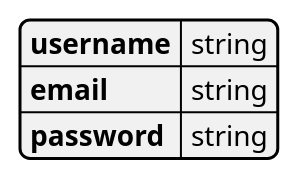
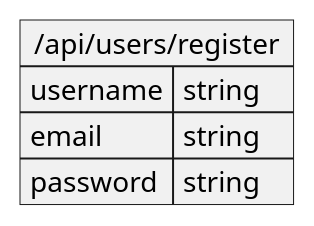
The diagram in docs/JSON Contracts/Requests/RegisterUser.puml (JKMN-Projects/TeamTactics), drawn with PlantUML before and after one commit. The commit also changed 20 other files, not shown here.

```diff
--- a/docs/JSON Contracts/Requests/RegisterUser.puml
+++ b/docs/JSON Contracts/Requests/RegisterUser.puml
@@ -1,9 +1,9 @@
-@startjson Register User Request
+@startuml Register User Request
 
-{
+json "/api/users/register" as registerUserRequest {
   "username": "string",
   "email": "string",
   "password": "string"
 }
 
-@endjson
+@enduml
```
